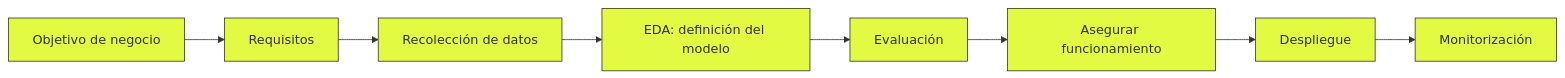
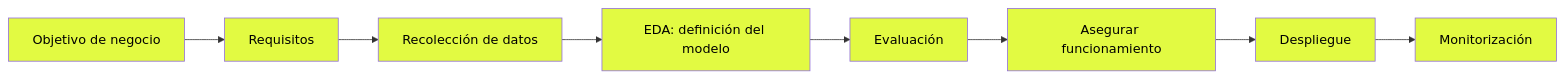
The diagram in BigData_BI/01_BI_Architecture/01-004_EDA.md (alexandrglm/myLearningCorner), drawn with Mermaid before and after one commit.

````diff
--- a/BigData_BI/01_BI_Architecture/01-004_EDA.md
+++ b/BigData_BI/01_BI_Architecture/01-004_EDA.md
@@ -52,19 +52,19 @@
 ```mermaid
 graph LR
     A[Objetivo de negocio] --> B[Requisitos]
     B --> C[Recolección de datos]
     C --> D[EDA: definición del modelo]
     D --> E[Evaluación]
     E --> F[Asegurar funcionamiento]
     F --> G[Despliegue]
     G --> H[Monitorización]
 
-    style A fill:#E2FA42,stroke:#333,stroke-width:1px,round:10px
-    style B fill:#E2FA42,stroke:#333,stroke-width:1px,round:10px
-    style C fill:#E2FA42,stroke:#333,stroke-width:1px,round:10px
-    style D fill:#E2FA42,stroke:#333,stroke-width:1px,round:10px
-    style E fill:#E2FA42,stroke:#333,stroke-width:1px,round:10px
-    style F fill:#E2FA42,stroke:#333,stroke-width:1px,round:10px
-    style G fill:#E2FA42,stroke:#333,stroke-width:1px,round:10px
-    style H fill:#E2FA42,stroke:#333,stroke-width:1px,round:10px
+    style A color:#000,fill:#E2FA42
+    style B color:#000,fill:#E2FA42
+    style C color:#000,fill:#E2FA42
+    style D color:#000,fill:#E2FA42
+    style E color:#000,fill:#E2FA42
+    style F color:#000,fill:#E2FA42
+    style G color:#000,fill:#E2FA42
+    style H color:#000,fill:#E2FA42
 ```
````
